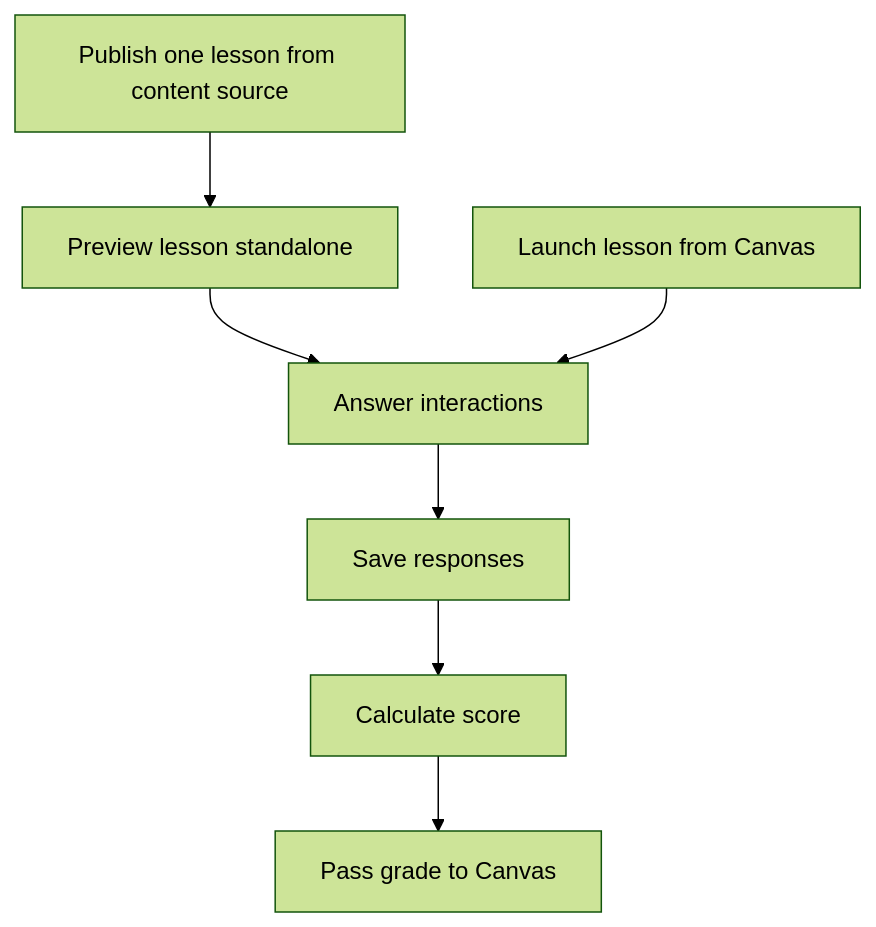
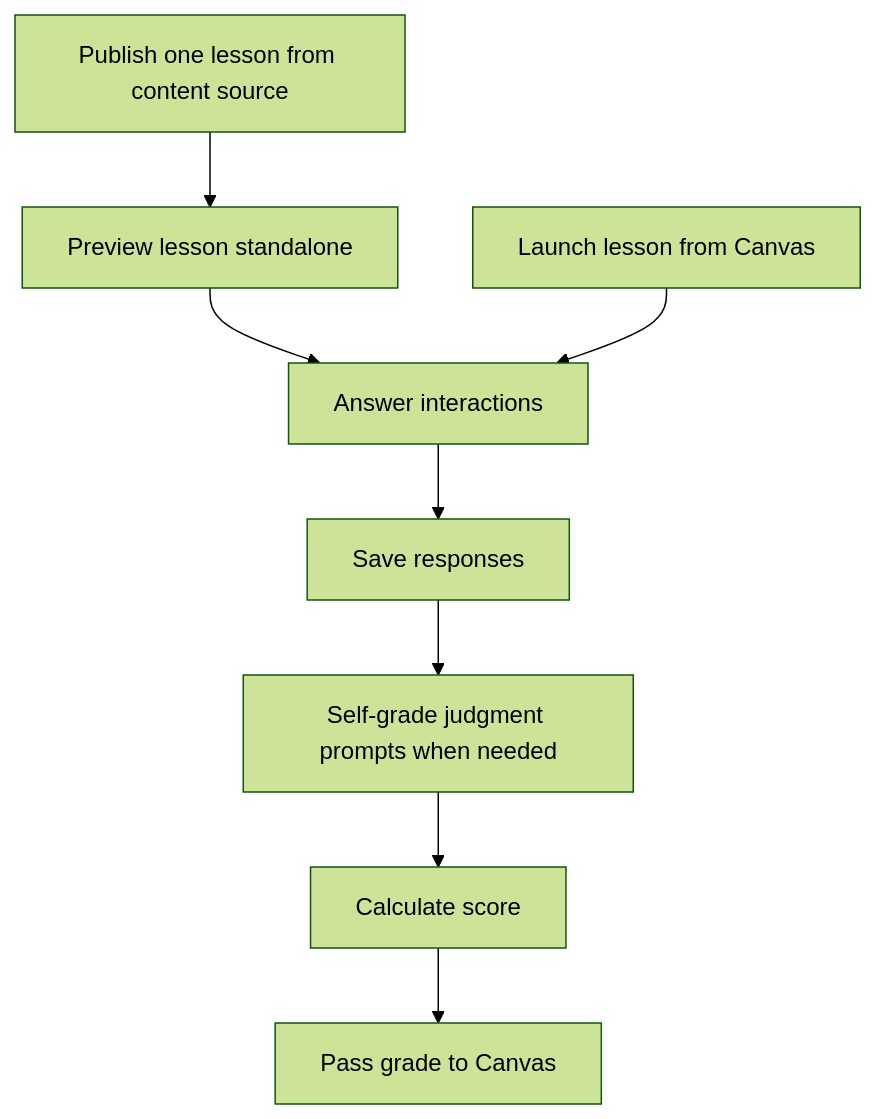
Before and after one commit to learn-database/workbook-platform: the eighth of 8 diagrams in docs/design/use-cases.md, drawn with Mermaid (forest theme). The commit also changed other lines of this file and 5 other files, not shown here.

````diff
--- a/docs/design/use-cases.md
+++ b/docs/design/use-cases.md
@@ -159,17 +163,19 @@
 ```mermaid
 flowchart TB
     A[Publish one lesson from content source]
     B[Preview lesson standalone]
     C[Launch lesson from Canvas]
     D[Answer interactions]
     E[Save responses]
-    F[Calculate score]
-    G[Pass grade to Canvas]
+    F[Self-grade judgment prompts when needed]
+    G[Calculate score]
+    H[Pass grade to Canvas]
 
     A --> B
     B --> D
     C --> D
     D --> E
     E --> F
     F --> G
+    G --> H
 ```
````
